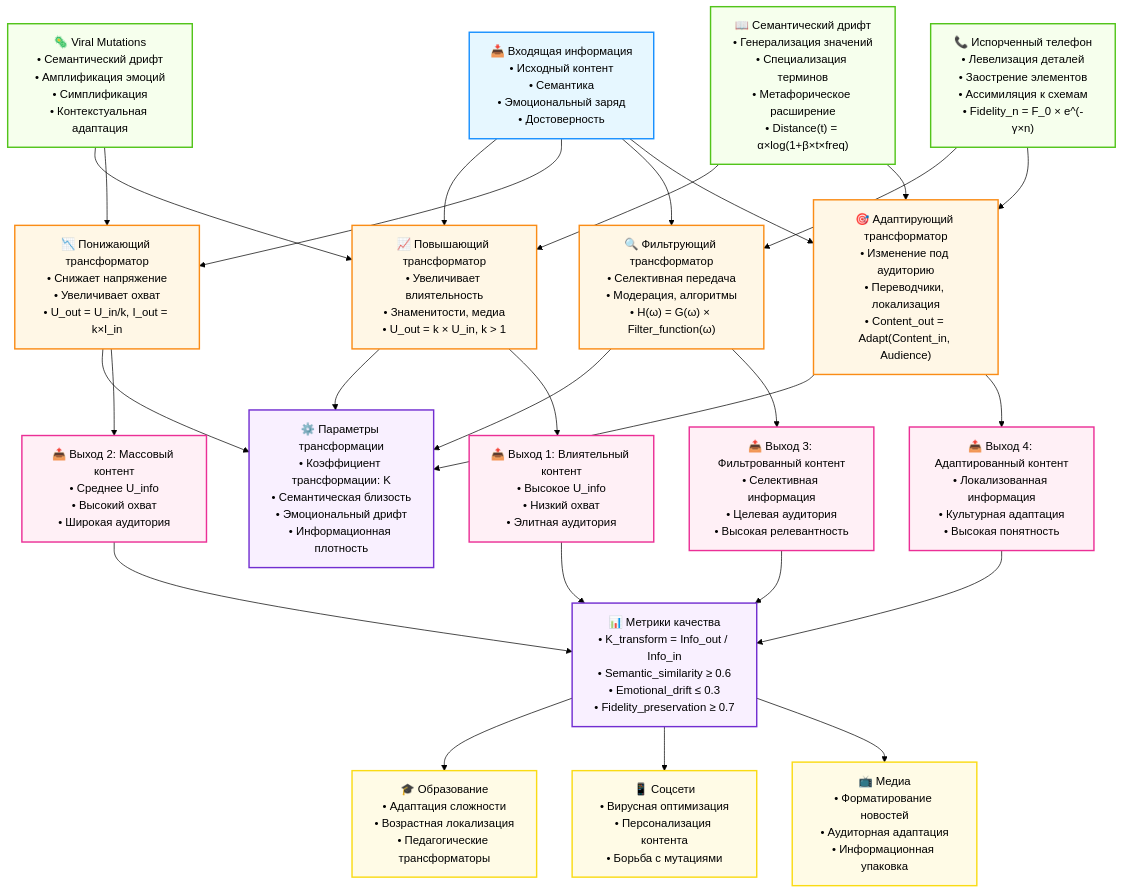
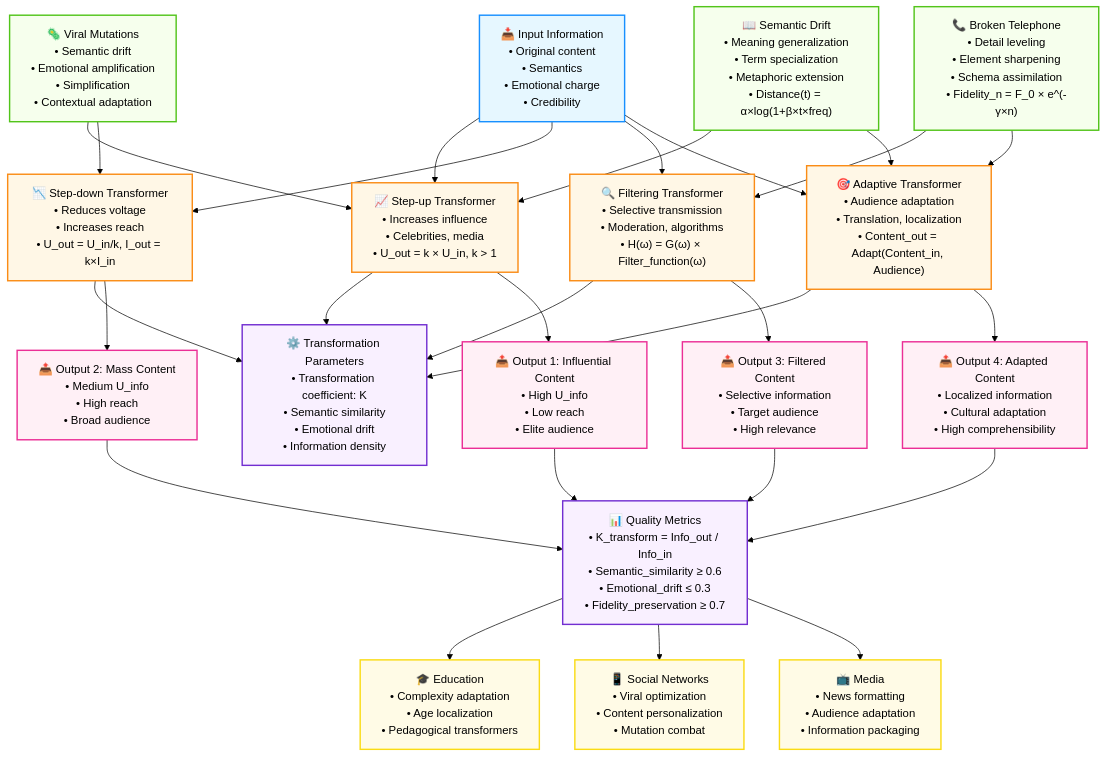
Before and after one commit to eaprelsky/infodynamics: the diagram in diagrams/04_information_transformers.md, drawn with Mermaid (forest theme). The commit also changed other lines of this file and 75 other files, not shown here.

````diff
--- a/diagrams/04_information_transformers.md
+++ b/diagrams/04_information_transformers.md
@@ -8,31 +8,31 @@
 ```mermaid
 graph TD
-    %% Входящая информация
-    INPUT["📥 Входящая информация<br/>• Исходный контент<br/>• Семантика<br/>• Эмоциональный заряд<br/>• Достоверность"]
+    %% Input information
+    INPUT["📥 Input Information<br/>• Original content<br/>• Semantics<br/>• Emotional charge<br/>• Credibility"]
     
-    %% Типы трансформаторов
-    STEP_UP["📈 Повышающий трансформатор<br/>• Увеличивает влиятельность<br/>• Знаменитости, медиа<br/>• U_out = k × U_in, k > 1"]
+    %% Transformer types
+    STEP_UP["📈 Step-up Transformer<br/>• Increases influence<br/>• Celebrities, media<br/>• U_out = k × U_in, k > 1"]
     
-    STEP_DOWN["📉 Понижающий трансформатор<br/>• Снижает напряжение<br/>• Увеличивает охват<br/>• U_out = U_in/k, I_out = k×I_in"]
+    STEP_DOWN["📉 Step-down Transformer<br/>• Reduces voltage<br/>• Increases reach<br/>• U_out = U_in/k, I_out = k×I_in"]
     
-    FILTER["🔍 Фильтрующий трансформатор<br/>• Селективная передача<br/>• Модерация, алгоритмы<br/>• H(ω) = G(ω) × Filter_function(ω)"]
+    FILTER["🔍 Filtering Transformer<br/>• Selective transmission<br/>• Moderation, algorithms<br/>• H(ω) = G(ω) × Filter_function(ω)"]
     
-    ADAPTIVE["🎯 Адаптирующий трансформатор<br/>• Изменение под аудиторию<br/>• Переводчики, локализация<br/>• Content_out = Adapt(Content_in, Audience)"]
+    ADAPTIVE["🎯 Adaptive Transformer<br/>• Audience adaptation<br/>• Translation, localization<br/>• Content_out = Adapt(Content_in, Audience)"]
     
-    %% Механизмы трансформации
-    VIRAL["🦠 Viral Mutations<br/>• Семантический дрифт<br/>• Амплификация эмоций<br/>• Симплификация<br/>• Контекстуальная адаптация"]
+    %% Transformation mechanisms
+    VIRAL["🦠 Viral Mutations<br/>• Semantic drift<br/>• Emotional amplification<br/>• Simplification<br/>• Contextual adaptation"]
     
-    TELEPHONE["📞 Испорченный телефон<br/>• Левелизация деталей<br/>• Заострение элементов<br/>• Ассимиляция к схемам<br/>• Fidelity_n = F_0 × e^(-γ×n)"]
+    TELEPHONE["📞 Broken Telephone<br/>• Detail leveling<br/>• Element sharpening<br/>• Schema assimilation<br/>• Fidelity_n = F_0 × e^(-γ×n)"]
     
-    SEMANTIC["📖 Семантический дрифт<br/>• Генерализация значений<br/>• Специализация терминов<br/>• Метафорическое расширение<br/>• Distance(t) = α×log(1+β×t×freq)"]
+    SEMANTIC["📖 Semantic Drift<br/>• Meaning generalization<br/>• Term specialization<br/>• Metaphoric extension<br/>• Distance(t) = α×log(1+β×t×freq)"]
     
-    %% Входящие связи
+    %% Input connections
     INPUT --> STEP_UP
     INPUT --> STEP_DOWN
     INPUT --> FILTER
     INPUT --> ADAPTIVE
     
-    %% Механизмы влияют на трансформаторы
+    %% Mechanisms affect transformers
     VIRAL --> STEP_UP
     VIRAL --> STEP_DOWN
     TELEPHONE --> FILTER
@@ -40,49 +40,49 @@
     SEMANTIC --> STEP_UP
     SEMANTIC --> ADAPTIVE
     
-    %% Параметры трансформации
-    PARAMS["⚙️ Параметры трансформации<br/>• Коэффициент трансформации: K<br/>• Семантическая близость<br/>• Эмоциональный дрифт<br/>• Информационная плотность"]
+    %% Transformation parameters
+    PARAMS["⚙️ Transformation Parameters<br/>• Transformation coefficient: K<br/>• Semantic similarity<br/>• Emotional drift<br/>• Information density"]
     
     STEP_UP --> PARAMS
     STEP_DOWN --> PARAMS
     FILTER --> PARAMS
     ADAPTIVE --> PARAMS
     
-    %% Выходящая информация
-    OUTPUT1["📤 Выход 1: Влиятельный контент<br/>• Высокое U_info<br/>• Низкий охват<br/>• Элитная аудитория"]
+    %% Output information
+    OUTPUT1["📤 Output 1: Influential Content<br/>• High U_info<br/>• Low reach<br/>• Elite audience"]
     
-    OUTPUT2["📤 Выход 2: Массовый контент<br/>• Среднее U_info<br/>• Высокий охват<br/>• Широкая аудитория"]
+    OUTPUT2["📤 Output 2: Mass Content<br/>• Medium U_info<br/>• High reach<br/>• Broad audience"]
     
-    OUTPUT3["📤 Выход 3: Фильтрованный контент<br/>• Селективная информация<br/>• Целевая аудитория<br/>• Высокая релевантность"]
+    OUTPUT3["📤 Output 3: Filtered Content<br/>• Selective information<br/>• Target audience<br/>• High relevance"]
     
-    OUTPUT4["📤 Выход 4: Адаптированный контент<br/>• Локализованная информация<br/>• Культурная адаптация<br/>• Высокая понятность"]
+    OUTPUT4["📤 Output 4: Adapted Content<br/>• Localized information<br/>• Cultural adaptation<br/>• High comprehensibility"]
     
-    %% Связи с выходами
+    %% Output connections
     STEP_UP --> OUTPUT1
     STEP_DOWN --> OUTPUT2
     FILTER --> OUTPUT3
     ADAPTIVE --> OUTPUT4
     
-    %% Измерения качества
-    QUALITY["📊 Метрики качества<br/>• K_transform = Info_out / Info_in<br/>• Semantic_similarity ≥ 0.6<br/>• Emotional_drift ≤ 0.3<br/>• Fidelity_preservation ≥ 0.7"]
+    %% Quality measurements
+    QUALITY["📊 Quality Metrics<br/>• K_transform = Info_out / Info_in<br/>• Semantic_similarity ≥ 0.6<br/>• Emotional_drift ≤ 0.3<br/>• Fidelity_preservation ≥ 0.7"]
     
     OUTPUT1 --> QUALITY
     OUTPUT2 --> QUALITY
     OUTPUT3 --> QUALITY
     OUTPUT4 --> QUALITY
     
-    %% Применения
-    APP1["🎓 Образование<br/>• Адаптация сложности<br/>• Возрастная локализация<br/>• Педагогические трансформаторы"]
+    %% Applications
+    APP1["🎓 Education<br/>• Complexity adaptation<br/>• Age localization<br/>• Pedagogical transformers"]
     
-    APP2["📱 Соцсети<br/>• Вирусная оптимизация<br/>• Персонализация контента<br/>• Борьба с мутациями"]
+    APP2["📱 Social Networks<br/>• Viral optimization<br/>• Content personalization<br/>• Mutation combat"]
     
-    APP3["📺 Медиа<br/>• Форматирование новостей<br/>• Аудиторная адаптация<br/>• Информационная упаковка"]
+    APP3["📺 Media<br/>• News formatting<br/>• Audience adaptation<br/>• Information packaging"]
     
     QUALITY --> APP1
     QUALITY --> APP2
     QUALITY --> APP3
     
-    %% Стили
+    %% Styles
     classDef input fill:#E6F7FF,stroke:#1890FF,stroke-width:2px
     classDef transformer fill:#FFF7E6,stroke:#FA8C16,stroke-width:2px
     classDef mechanism fill:#F6FFED,stroke:#52C41A,stroke-width:2px
````
